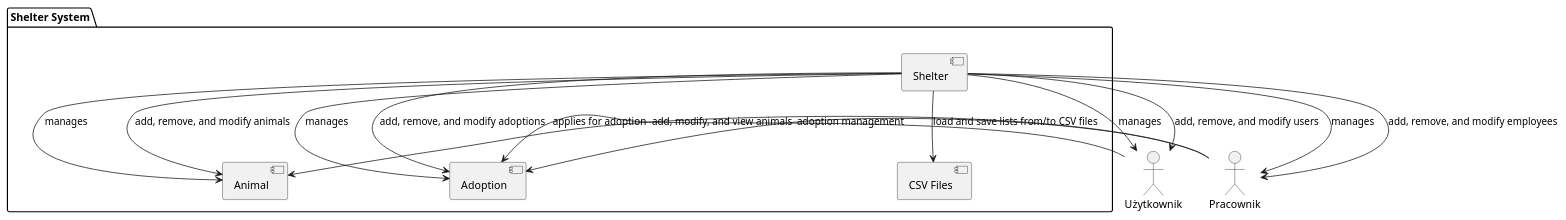
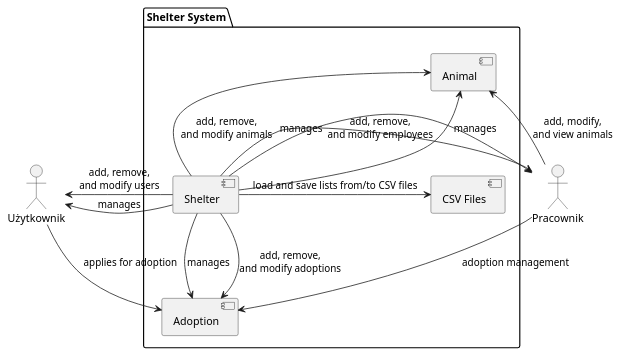
The diagram in Docs/DiagramFeatures.puml (Pymek11/schronisko), drawn with PlantUML before and after one commit.

```diff
--- a/Docs/DiagramFeatures.puml
+++ b/Docs/DiagramFeatures.puml
@@ -1,23 +1,23 @@
 @startuml
 actor "Użytkownik" as User
 actor "Pracownik" as Employee
 
 package "Shelter System" {
     [Shelter] -down-> [Animal] : manages
     [Shelter] -down-> [Employee] : manages
     [Shelter] -down-> [Adoption] : manages
     [Shelter] -down-> [User] : manages
 
-    [Shelter] --> [Animal] : add, remove, and modify animals
-    [Shelter] --> [Employee] : add, remove, and modify employees
-    [Shelter] --> [Adoption] : add, remove, and modify adoptions
-    [Shelter] --> [User] : add, remove, and modify users
-    [Shelter] --> [CSV Files] : load and save lists from/to CSV files
+    [Shelter] -right-> [CSV Files] : load and save lists from/to CSV files
+    [Shelter] -left-> [Animal] : add, remove,\nand modify animals
+    [Shelter] -left-> [Employee] : add, remove,\nand modify employees
+    [Shelter] -left-> [Adoption] : add, remove,\nand modify adoptions
+    [Shelter] -left-> [User] : add, remove,\nand modify users
 }
 
-User --> [Adoption] : applies for adoption
+User -down-> [Adoption] : applies for adoption
 
-Employee --> [Animal] : add, modify, and view animals
-Employee --> [Adoption] : adoption management
+Employee -right-> [Animal] : add, modify,\nand view animals
+Employee -right-> [Adoption] : adoption management
 
 @enduml
```
